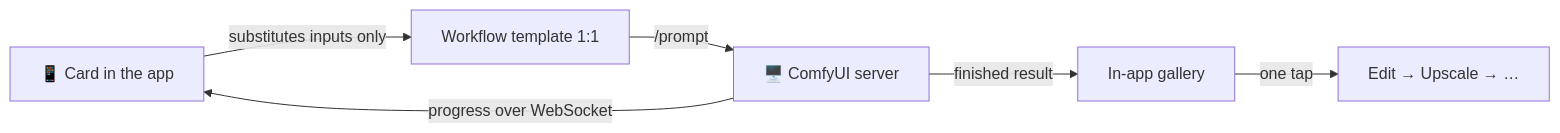
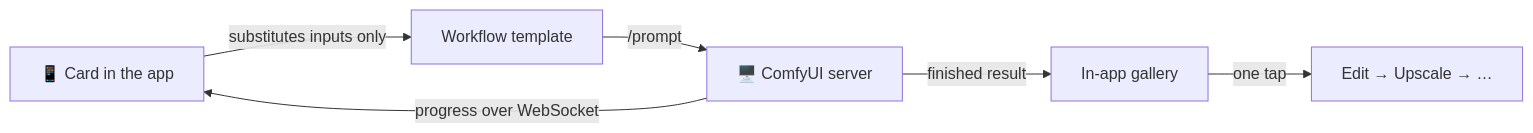
Before and after one commit to Promptlab37/PocketComfy: the diagram in README.en.md, drawn with Mermaid. The commit also changed other lines of this file and 70 other files, not shown here.

````diff
--- a/README.en.md
+++ b/README.en.md
@@ -142,8 +131,8 @@
 ```mermaid
 flowchart LR
-    A[📱 Card in the app] -->|substitutes inputs only| B[Workflow template 1:1]
+    A[📱 Card in the app] -->|substitutes inputs only| B[Workflow template]
     B -->|/prompt| C[🖥️ ComfyUI server]
     C -->|progress over WebSocket| A
     C -->|finished result| D[In-app gallery]
     D -->|one tap| E[Edit → Upscale → …]
 ```
````
